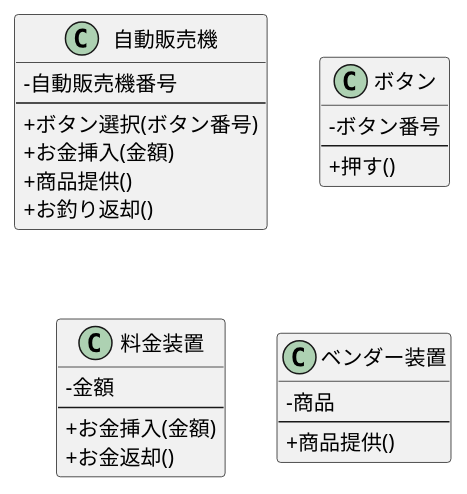
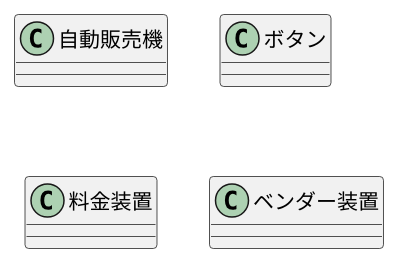
Before and after one commit to github-use-a/uml-introduction: the diagram in 演習6-4-1_クラス図_自動販売機.pu, drawn with PlantUML.

Commit message:
修正

```diff
--- a/演習6-4-1_クラス図_自動販売機.pu
+++ b/演習6-4-1_クラス図_自動販売機.pu
@@ -1,27 +1,11 @@
-@startuml
+@startuml クラス図
 skinparam classAttributeIconSize 0
 class 自動販売機 {
-- 自動販売機番号
----
-+ ボタン選択(ボタン番号)          
-+ お金挿入(金額)                  
-+ 商品提供()                      
-+ お釣り返却()  
 }
 class ボタン {
-- ボタン番号
----
-+ 押す()
 }
 class 料金装置 {
-- 金額
----
-+ お金挿入(金額)
-+ お金返却()
 }
 class ベンダー装置 {
-- 商品
----
-+ 商品提供()
 }
 @enduml
```
